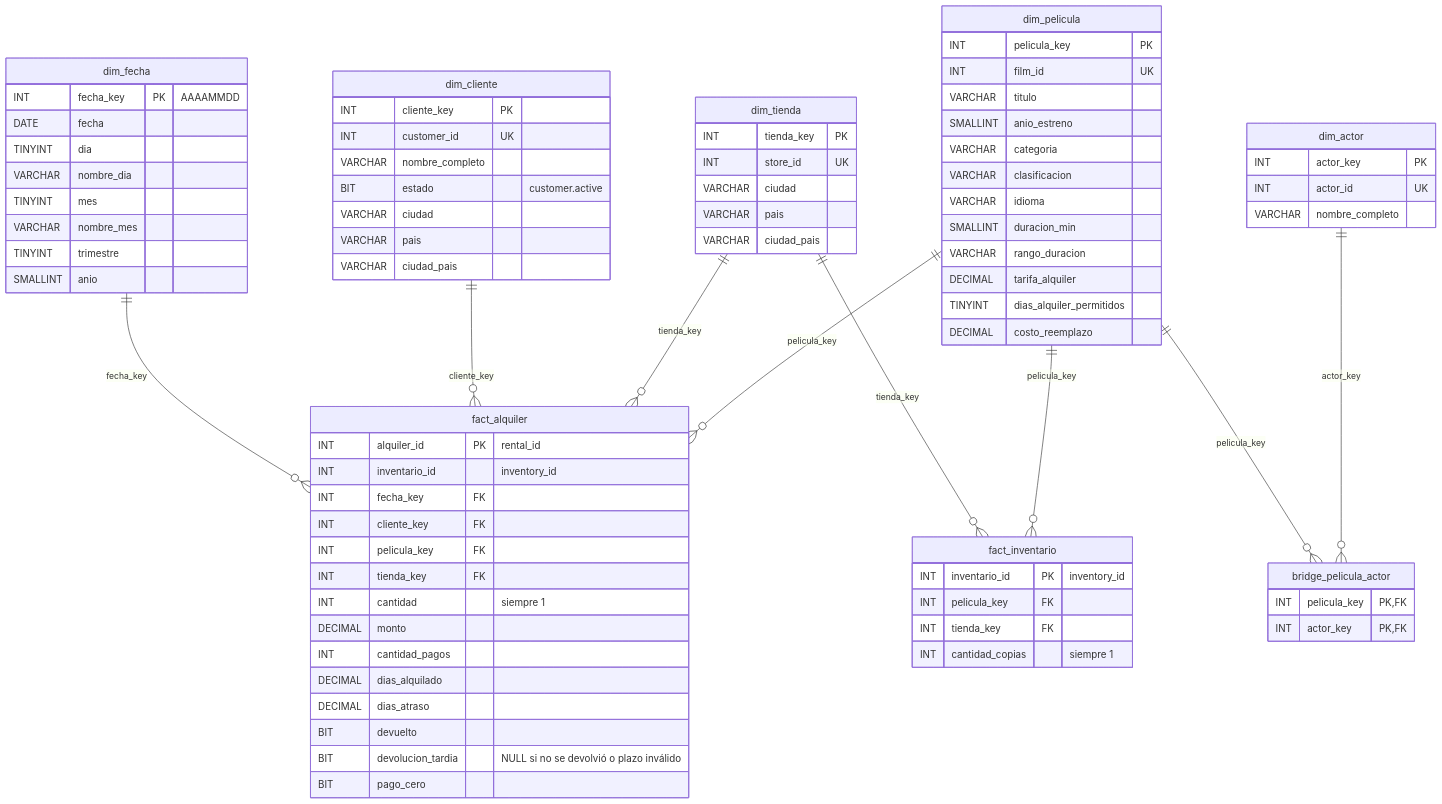
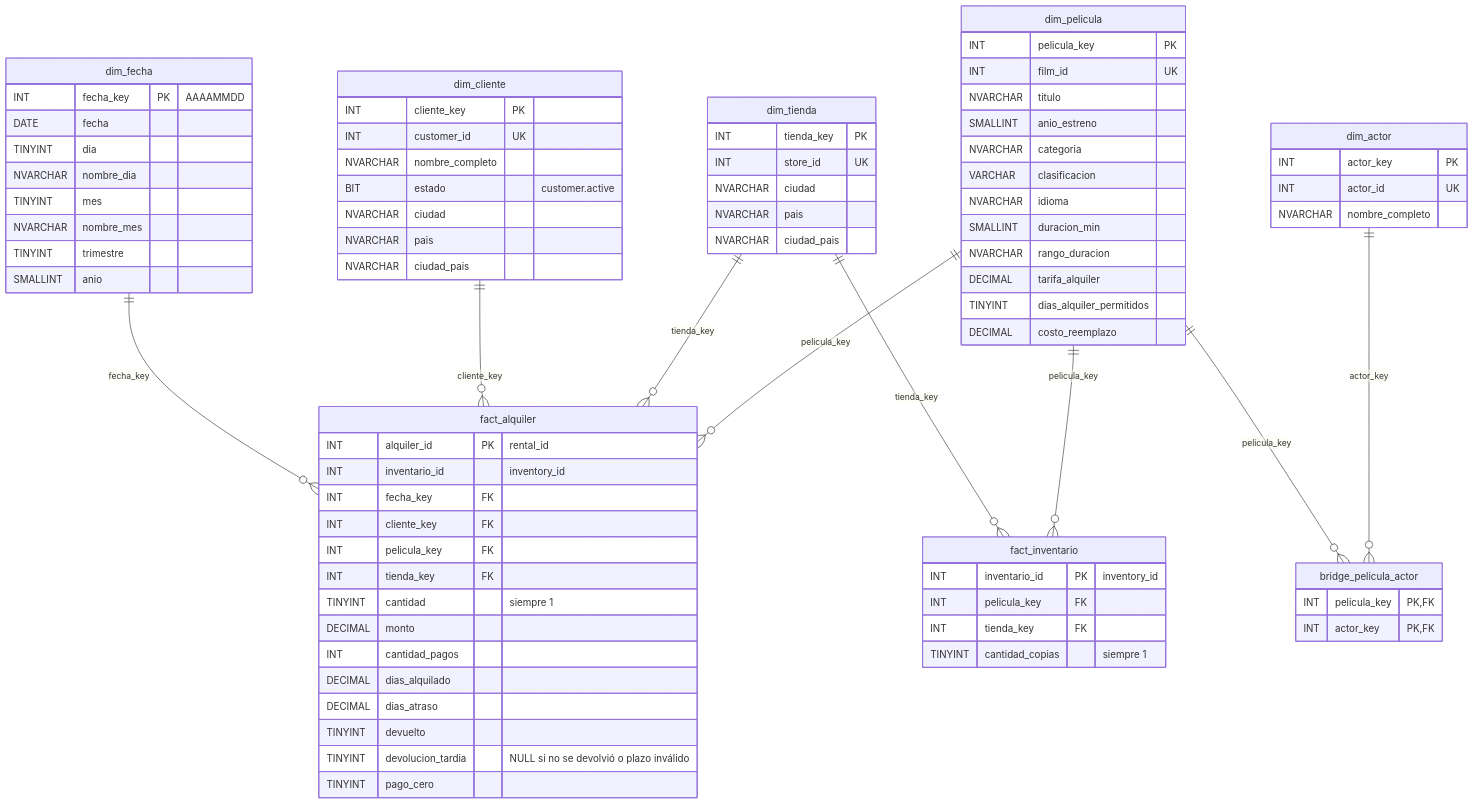
One commit to marcoalq9/PROYECTO_1_MINERIA-dw-invacom-alteryx changed the diagram in docs/modelo/04-diagrama-dw.mmd. Above: the diagram before and after it, drawn with Mermaid. The commit also changed 1 other file, not shown here.

Commit message:
DWI-32 Ajusta tipos del diagrama a los scripts del DW

```diff
--- a/docs/modelo/04-diagrama-dw.mmd
+++ b/docs/modelo/04-diagrama-dw.mmd
@@ -1,81 +1,81 @@
 erDiagram
     dim_fecha ||--o{ fact_alquiler : "fecha_key"
     dim_cliente ||--o{ fact_alquiler : "cliente_key"
     dim_tienda ||--o{ fact_alquiler : "tienda_key"
     dim_pelicula ||--o{ fact_alquiler : "pelicula_key"
     dim_tienda ||--o{ fact_inventario : "tienda_key"
     dim_pelicula ||--o{ fact_inventario : "pelicula_key"
     dim_pelicula ||--o{ bridge_pelicula_actor : "pelicula_key"
     dim_actor ||--o{ bridge_pelicula_actor : "actor_key"
 
     fact_alquiler {
         INT alquiler_id PK "rental_id"
         INT inventario_id "inventory_id"
         INT fecha_key FK
         INT cliente_key FK
         INT pelicula_key FK
         INT tienda_key FK
-        INT cantidad "siempre 1"
+        TINYINT cantidad "siempre 1"
         DECIMAL monto
         INT cantidad_pagos
         DECIMAL dias_alquilado
         DECIMAL dias_atraso
-        BIT devuelto
-        BIT devolucion_tardia "NULL si no se devolvió o plazo inválido"
-        BIT pago_cero
+        TINYINT devuelto
+        TINYINT devolucion_tardia "NULL si no se devolvió o plazo inválido"
+        TINYINT pago_cero
     }
     fact_inventario {
         INT inventario_id PK "inventory_id"
         INT pelicula_key FK
         INT tienda_key FK
-        INT cantidad_copias "siempre 1"
+        TINYINT cantidad_copias "siempre 1"
     }
     dim_fecha {
         INT fecha_key PK "AAAAMMDD"
         DATE fecha
         TINYINT dia
-        VARCHAR nombre_dia
+        NVARCHAR nombre_dia
         TINYINT mes
-        VARCHAR nombre_mes
+        NVARCHAR nombre_mes
         TINYINT trimestre
         SMALLINT anio
     }
     dim_cliente {
         INT cliente_key PK
         INT customer_id UK
-        VARCHAR nombre_completo
+        NVARCHAR nombre_completo
         BIT estado "customer.active"
-        VARCHAR ciudad
-        VARCHAR pais
-        VARCHAR ciudad_pais
+        NVARCHAR ciudad
+        NVARCHAR pais
+        NVARCHAR ciudad_pais
     }
     dim_pelicula {
         INT pelicula_key PK
         INT film_id UK
-        VARCHAR titulo
+        NVARCHAR titulo
         SMALLINT anio_estreno
-        VARCHAR categoria
+        NVARCHAR categoria
         VARCHAR clasificacion
-        VARCHAR idioma
+        NVARCHAR idioma
         SMALLINT duracion_min
-        VARCHAR rango_duracion
+        NVARCHAR rango_duracion
         DECIMAL tarifa_alquiler
         TINYINT dias_alquiler_permitidos
         DECIMAL costo_reemplazo
     }
     dim_tienda {
         INT tienda_key PK
         INT store_id UK
-        VARCHAR ciudad
-        VARCHAR pais
-        VARCHAR ciudad_pais
+        NVARCHAR ciudad
+        NVARCHAR pais
+        NVARCHAR ciudad_pais
     }
     dim_actor {
         INT actor_key PK
         INT actor_id UK
-        VARCHAR nombre_completo
+        NVARCHAR nombre_completo
     }
     bridge_pelicula_actor {
         INT pelicula_key PK,FK
         INT actor_key PK,FK
     }
```
